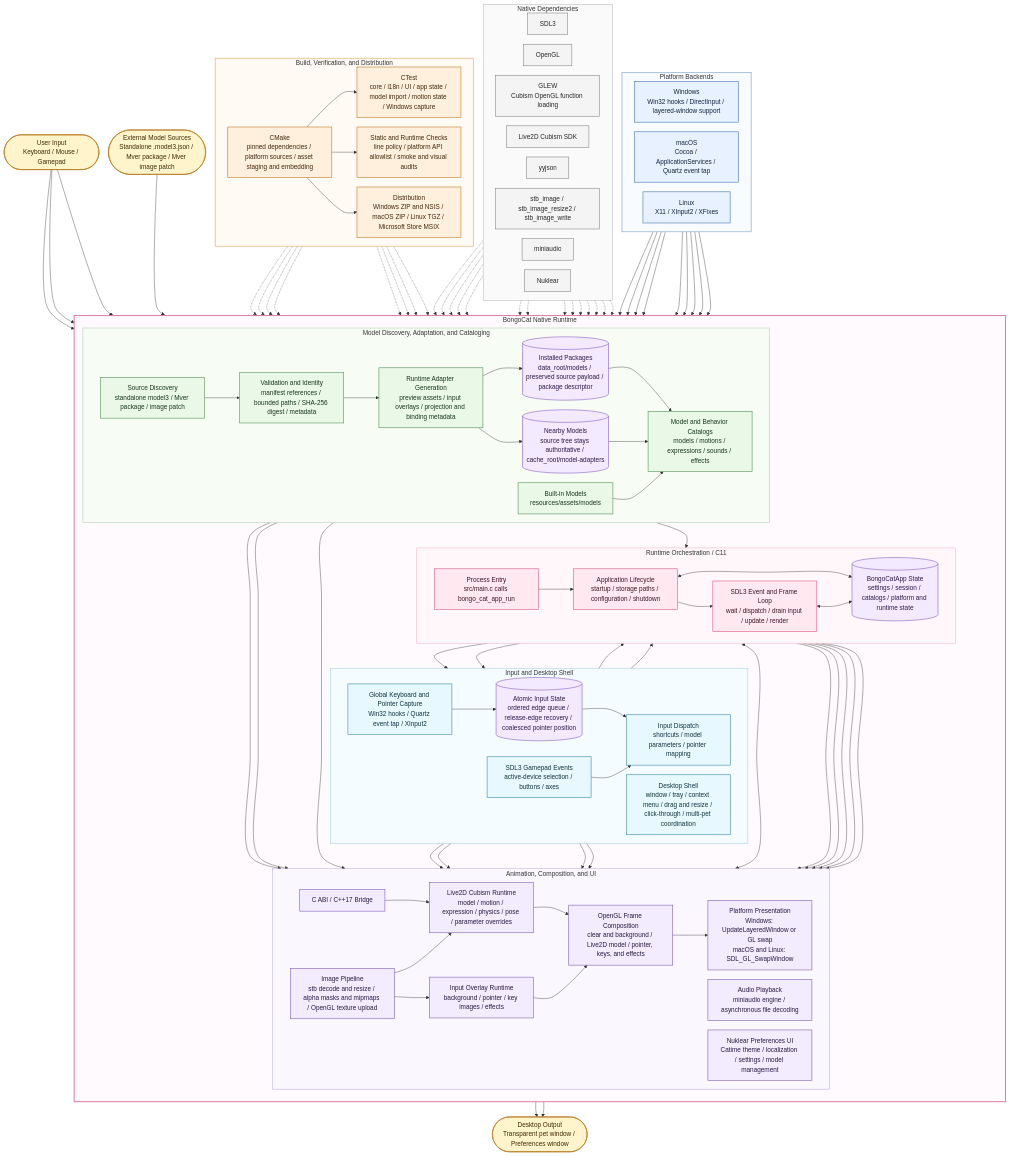
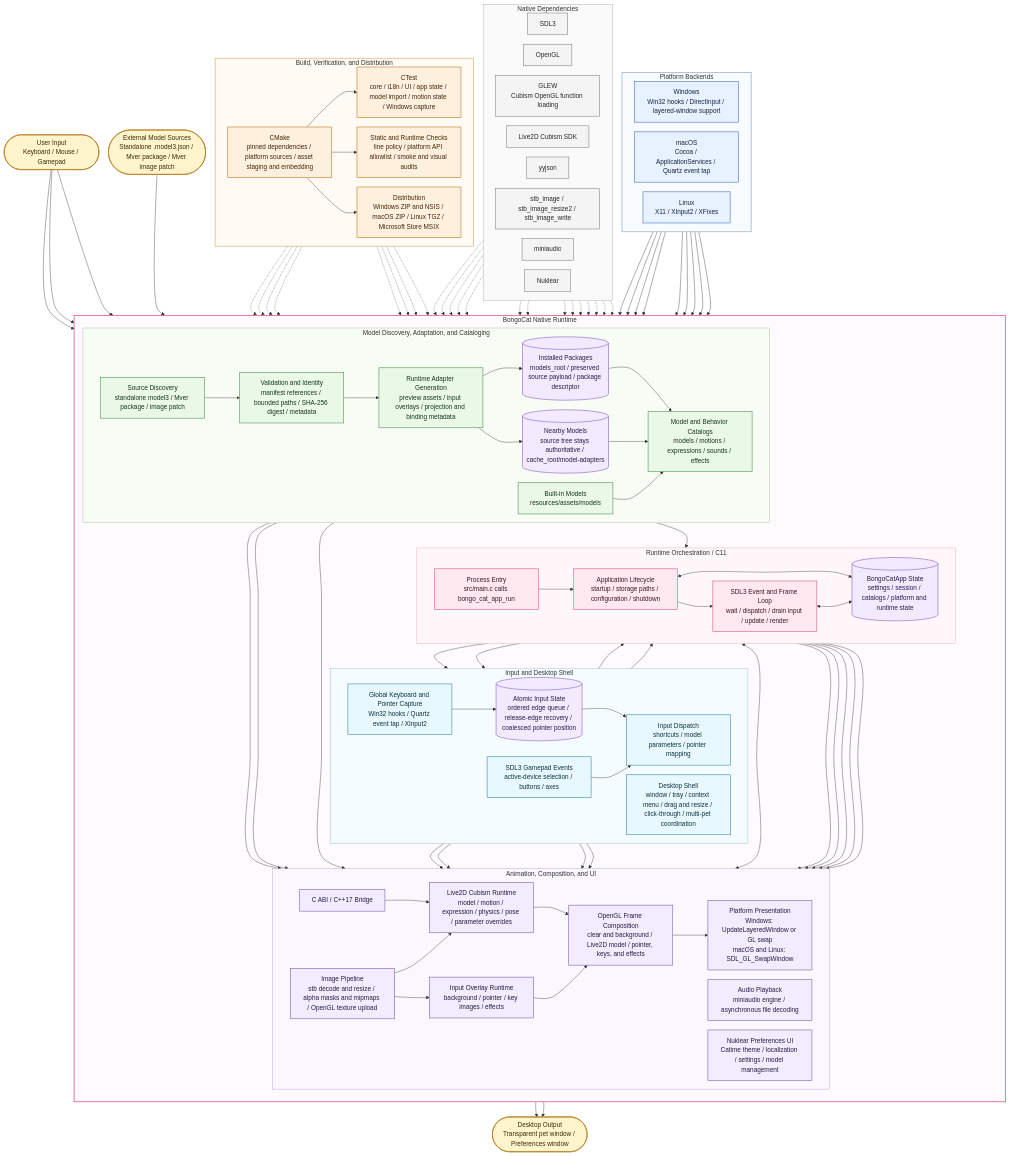
Before and after one commit to Fid-falling/BongoCat: the diagram in README.md, drawn with Mermaid. The commit also changed 23 other files, not shown here.

```diff
--- a/README.md
+++ b/README.md
@@ -134,7 +134,7 @@
       Discover["Source Discovery<br/>standalone model3 / Mver package / image patch"]
       Validate["Validation and Identity<br/>manifest references / bounded paths / SHA-256 digest / metadata"]
       Adapt["Runtime Adapter Generation<br/>preview assets / input overlays / projection and binding metadata"]
-      Installed[("Installed Packages<br/>data_root/models / preserved source payload / package descriptor")]
+      Installed[("Installed Packages<br/>models_root / preserved source payload / package descriptor")]
       Nearby[("Nearby Models<br/>source tree stays authoritative / cache_root/model-adapters")]
       Catalog["Model and Behavior Catalogs<br/>models / motions / expressions / sounds / effects"]
 
```
